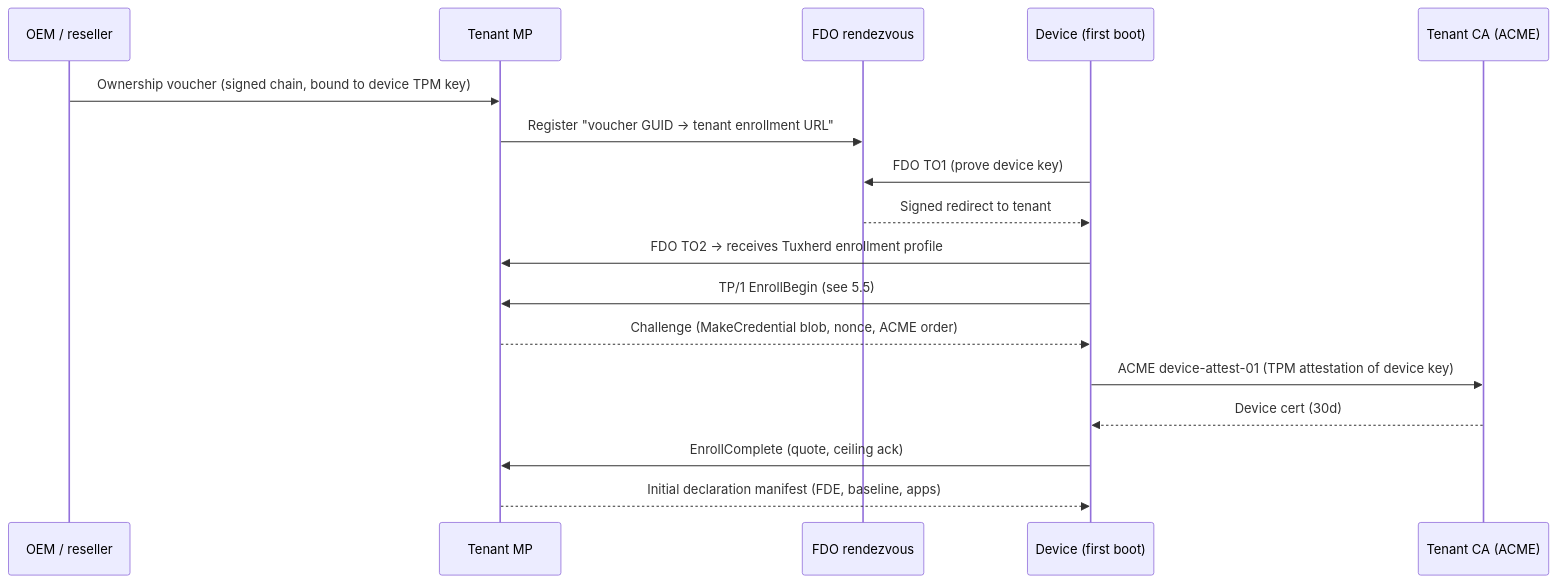
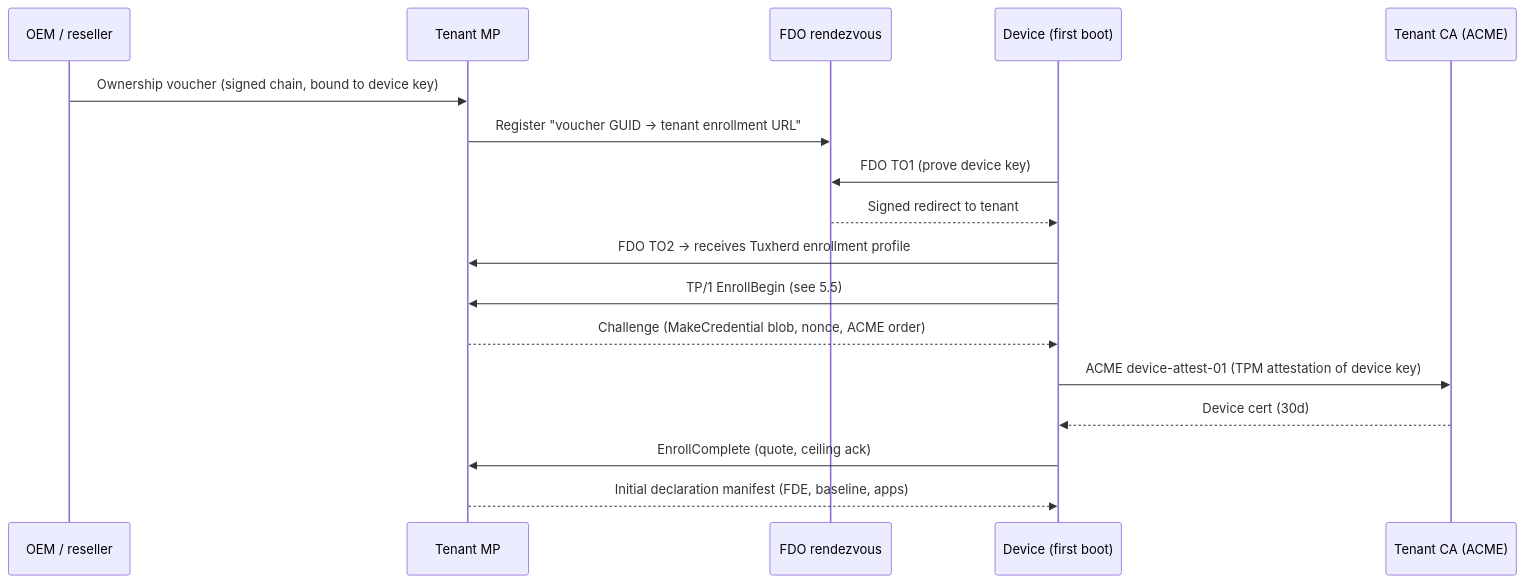
The second of 2 diagrams in DESIGN.md (nissifield/tuxherd), drawn with Mermaid before and after one commit. The commit also changed other lines of this file and 1 other file, not shown here.

First line of the commit message:
docs: TPM is never required - optional assurance upgrade only

````diff
--- a/DESIGN.md
+++ b/DESIGN.md
@@ -286,19 +292,19 @@
 ```mermaid
 sequenceDiagram
   participant OEM as OEM / reseller
   participant T as Tenant MP
   participant RV as FDO rendezvous
   participant D as Device (first boot)
   participant CA as Tenant CA (ACME)
-  OEM->>T: Ownership voucher (signed chain, bound to device TPM key)
+  OEM->>T: Ownership voucher (signed chain, bound to device key)
   T->>RV: Register "voucher GUID → tenant enrollment URL"
   D->>RV: FDO TO1 (prove device key)
   RV-->>D: Signed redirect to tenant
   D->>T: FDO TO2 → receives Tuxherd enrollment profile
   D->>T: TP/1 EnrollBegin (see 5.5)
   T-->>D: Challenge (MakeCredential blob, nonce, ACME order)
   D->>CA: ACME device-attest-01 (TPM attestation of device key)
   CA-->>D: Device cert (30d)
   D->>T: EnrollComplete (quote, ceiling ack)
   T-->>D: Initial declaration manifest (FDE, baseline, apps)
 ```
````
